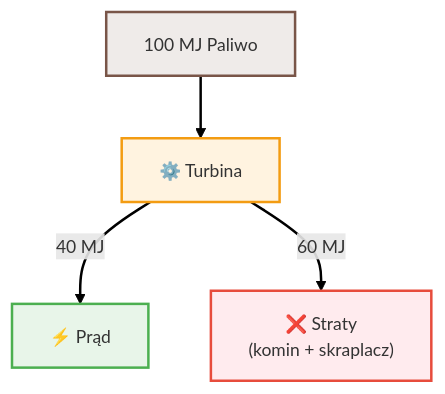
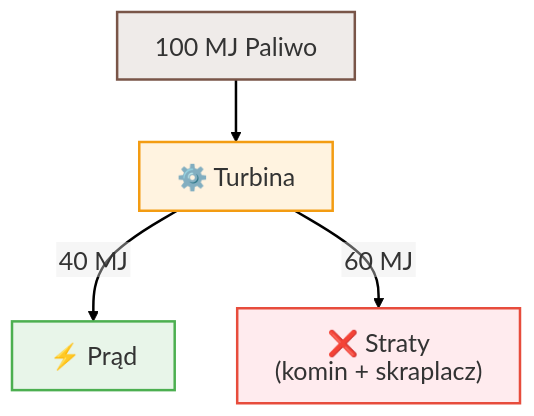
The third of 6 diagrams in Wyklady/15_Spalanie_Egzergia.qmd (moondec/Termodynamika), drawn with Mermaid before and after one commit. The commit also changed other lines of this file and 84 other files, not shown here.

First line of the commit message:
Wykłady: diagramy mermaid bez ucinania i dopasowane do slajdów

````diff
--- a/Wyklady/15_Spalanie_Egzergia.qmd
+++ b/Wyklady/15_Spalanie_Egzergia.qmd
@@ -269,16 +278,15 @@
 ```{mermaid}
 %%| fig-align: center
-%%| fig-width: 5
 
-%%{init: {'theme': 'default', 'flowchart': { 'useMaxWidth': false, 'htmlLabels': true }, 'themeVariables': { 'fontSize': '14px', 'fontFamily': 'sans-serif' }}}%%
+%%{init: {'theme': 'default', 'flowchart': {'htmlLabels': false, 'wrappingWidth': 400, 'subGraphTitleMargin': {'top': 6, 'bottom': 16}}, 'themeVariables': {'fontSize': '20px', 'fontFamily': 'Arial, Helvetica, sans-serif'}, 'htmlLabels': false}}%%
 flowchart TD
     F["100 MJ Paliwo"] --> T["⚙️ Turbina"]
     T -->|"40 MJ"| E["⚡ Prąd"]
     T -->|"60 MJ"| S["❌ Straty<br>(komin + skraplacz)"]
     
     style F fill:#efebe9,stroke:#795548,stroke-width:2px
     style T fill:#fff3e0,stroke:#f39c12,stroke-width:2px
     style E fill:#e8f5e9,stroke:#4caf50,stroke-width:2px
     style S fill:#ffebee,stroke:#e74c3c,stroke-width:2px
     linkStyle default stroke-width:2px,fill:none,stroke:black
 ```
````
